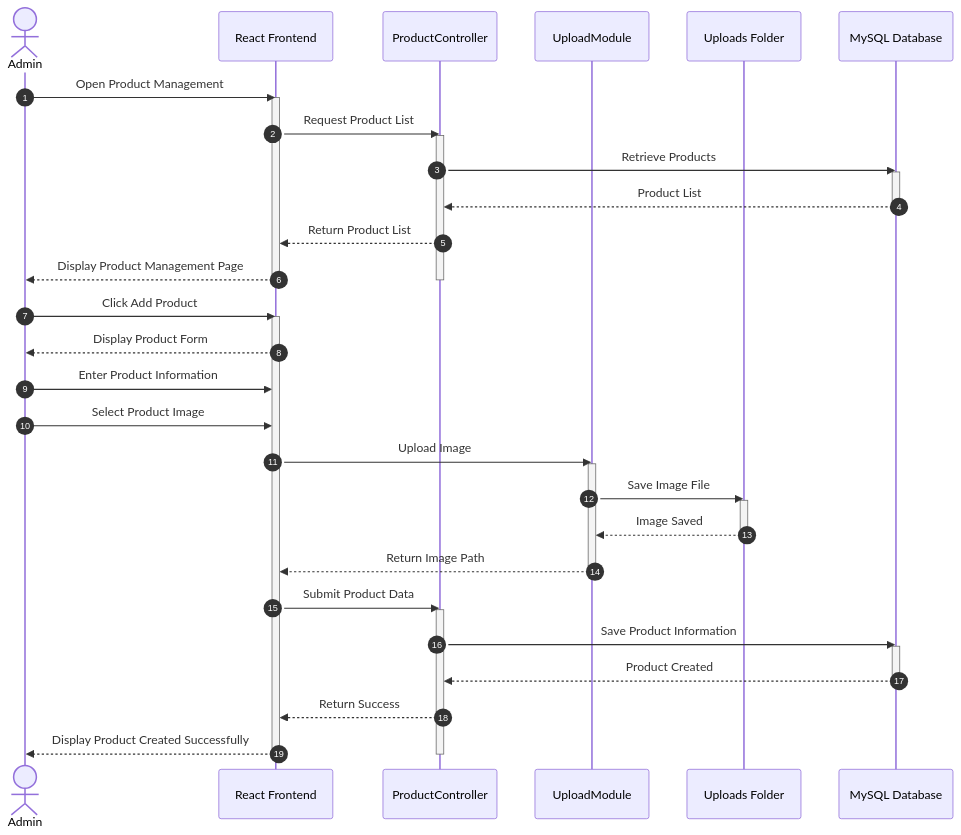
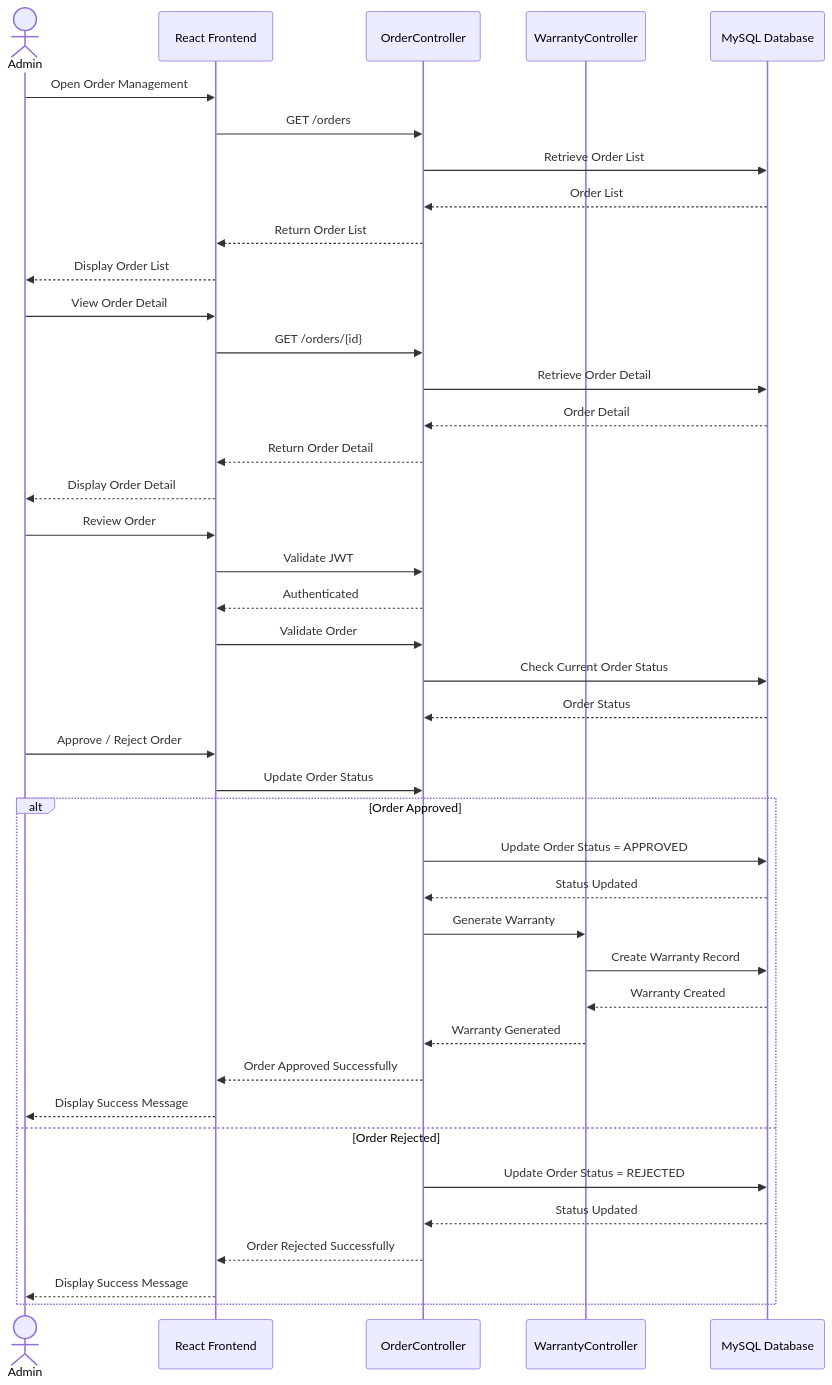
Before and after one commit to rachapoomthu-max/WorkShop: the fifth of 5 diagrams in diagram/Sequence Diagram.md, drawn with Mermaid. The commit also changed other lines of this file and 7 other files, not shown here.

````diff
--- a/diagram/Sequence Diagram.md
+++ b/diagram/Sequence Diagram.md
@@ -539,99 +373,88 @@
 ```mermaid
 sequenceDiagram
 
-autonumber
-
 actor Admin
 
-participant Frontend as React Frontend
-participant ProductController
-participant UploadModule
-participant Storage as Uploads Folder
+participant FE as React Frontend
+participant OrderController
+participant WarrantyController
 participant DB as MySQL Database
 
-%% ==========================================
-%% Open Product Management
-%% ==========================================
+%% =====================================
+%% Open Order Management
+%% =====================================
 
-Admin->>Frontend: Open Product Management
+Admin->>FE: Open Order Management
+FE->>OrderController: GET /orders
 
-activate Frontend
+OrderController->>DB: Retrieve Order List
+DB-->>OrderController: Order List
 
-Frontend->>ProductController: Request Product List
+OrderController-->>FE: Return Order List
+FE-->>Admin: Display Order List
 
-activate ProductController
+%% =====================================
+%% View Order Detail
+%% =====================================
 
-ProductController->>DB: Retrieve Products
+Admin->>FE: View Order Detail
 
-activate DB
+FE->>OrderController: GET /orders/{id}
 
-DB-->>ProductController: Product List
+OrderController->>DB: Retrieve Order Detail
+DB-->>OrderController: Order Detail
 
-deactivate DB
+OrderController-->>FE: Return Order Detail
+FE-->>Admin: Display Order Detail
 
-ProductController-->>Frontend: Return Product List
+%% =====================================
+%% Review Order
+%% =====================================
 
-Frontend-->>Admin: Display Product Management Page
+Admin->>FE: Review Order
 
-deactivate ProductController
+FE->>OrderController: Validate JWT
+OrderController-->>FE: Authenticated
 
-deactivate Frontend
+FE->>OrderController: Validate Order
 
-%% ==========================================
-%% Add New Product
-%% ==========================================
+OrderController->>DB: Check Current Order Status
+DB-->>OrderController: Order Status
 
-Admin->>Frontend: Click Add Product
+%% =====================================
+%% Update Order Status
+%% =====================================
 
-activate Frontend
+Admin->>FE: Approve / Reject Order
 
-Frontend-->>Admin: Display Product Form
+FE->>OrderController: Update Order Status
 
-Admin->>Frontend: Enter Product Information
+alt Order Approved
 
-%% ==========================================
-%% Upload Image
-%% ==========================================
+    OrderController->>DB: Update Order Status = APPROVED
+    DB-->>OrderController: Status Updated
 
-Admin->>Frontend: Select Product Image
+    %% =====================================
+    %% Generate Warranty
+    %% =====================================
 
-Frontend->>UploadModule: Upload Image
+    OrderController->>WarrantyController: Generate Warranty
 
-activate UploadModule
+    WarrantyController->>DB: Create Warranty Record
+    DB-->>WarrantyController: Warranty Created
 
-UploadModule->>Storage: Save Image File
+    WarrantyController-->>OrderController: Warranty Generated
 
-activate Storage
+    OrderController-->>FE: Order Approved Successfully
+    FE-->>Admin: Display Success Message
 
-Storage-->>UploadModule: Image Saved
+else Order Rejected
 
-deactivate Storage
+    OrderController->>DB: Update Order Status = REJECTED
+    DB-->>OrderController: Status Updated
 
-UploadModule-->>Frontend: Return Image Path
+    OrderController-->>FE: Order Rejected Successfully
+    FE-->>Admin: Display Success Message
 
-deactivate UploadModule
-
-%% ==========================================
-%% Save Product
-%% ==========================================
-
-Frontend->>ProductController: Submit Product Data
-
-activate ProductController
-
-ProductController->>DB: Save Product Information
-
-activate DB
-
-DB-->>ProductController: Product Created
-
-deactivate DB
-
-ProductController-->>Frontend: Return Success
-
-Frontend-->>Admin: Display Product Created Successfully
-
-deactivate ProductController
-
-deactivate Frontend
+end
 ```
````
